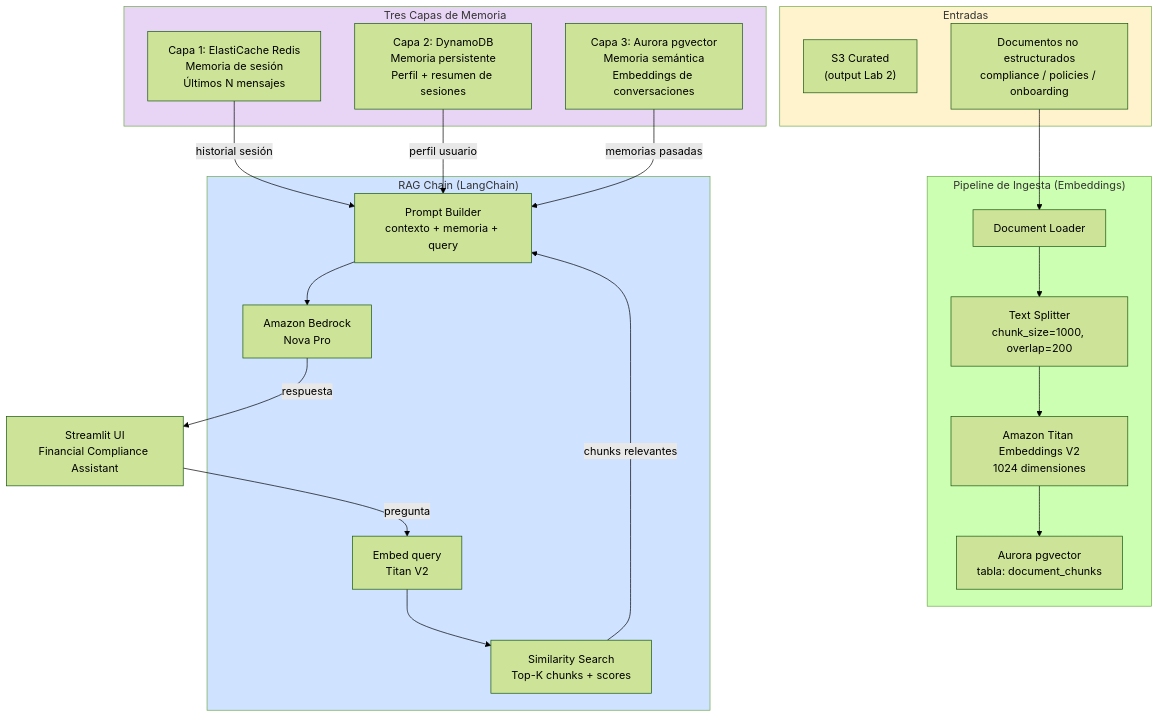
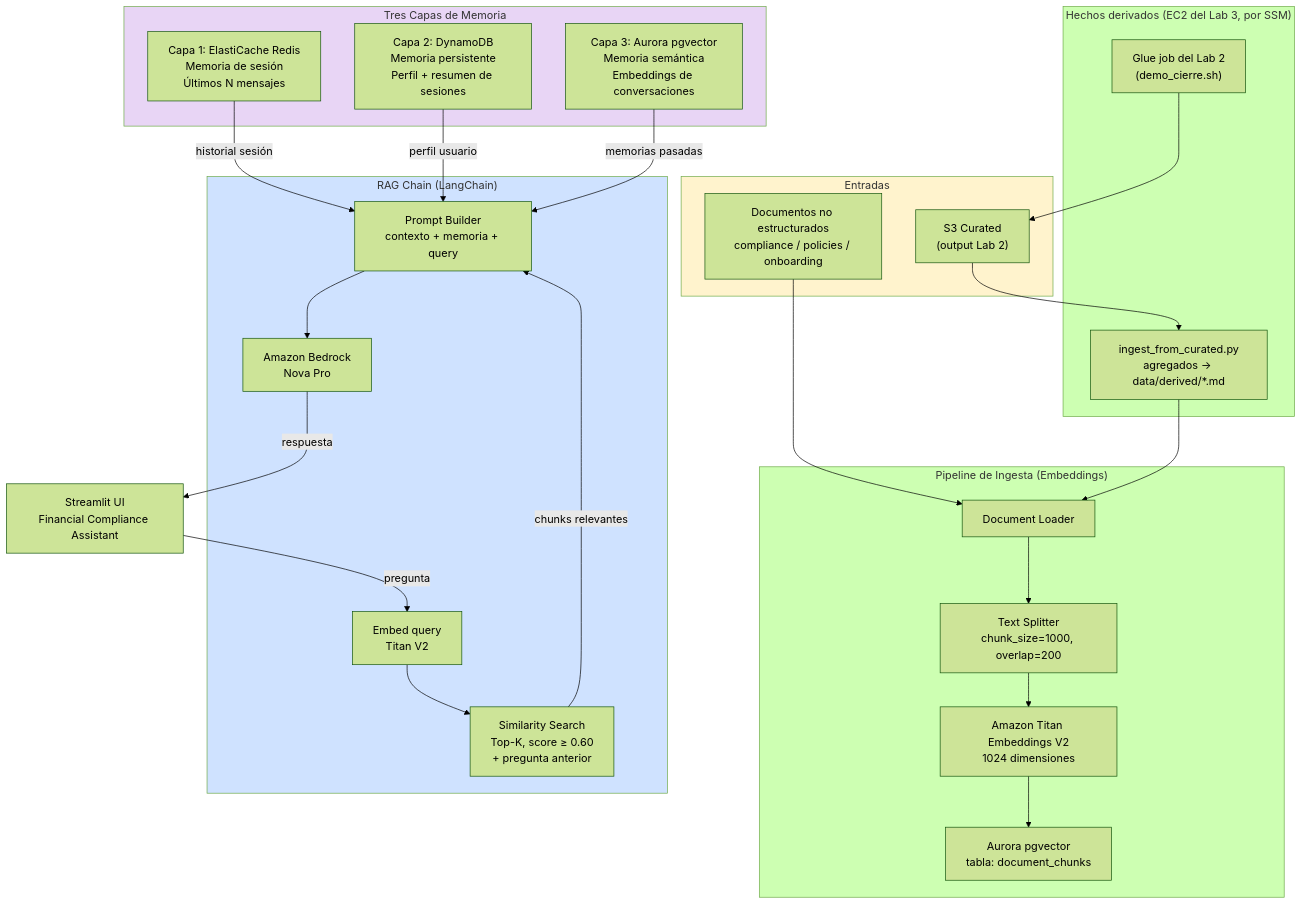
The fourth of 5 diagrams in docs/architecture.md (8infinitecloud/aws-ug-databases-for-ia), drawn with Mermaid (forest theme) before and after one commit. The commit also changed other lines of this file and 32 other files, not shown here.

````diff
--- a/docs/architecture.md
+++ b/docs/architecture.md
@@ -170,47 +165,55 @@
 ```mermaid
 flowchart TD
     subgraph INPUT["Entradas"]
         CURATED["S3 Curated\n(output Lab 2)"]
         DOCS["Documentos no estructurados\ncompliance / policies / onboarding"]
+    end
+
+    subgraph FACTS["Hechos derivados (EC2 del Lab 3, por SSM)"]
+        GLUEJOB["Glue job del Lab 2\n(demo_cierre.sh)"]
+        DERIVE["ingest_from_curated.py\nagregados → data/derived/*.md"]
     end
 
     subgraph INGESTION_BLOCK["Pipeline de Ingesta (Embeddings)"]
         LOADER[Document Loader]
         CHUNKER[Text Splitter\nchunk_size=1000, overlap=200]
         EMBEDDER[Amazon Titan Embeddings V2\n1024 dimensiones]
         STORE[Aurora pgvector\ntabla: document_chunks]
     end
 
     subgraph MEMORY["Tres Capas de Memoria"]
         REDIS_M["Capa 1: ElastiCache Redis\nMemoria de sesión\nÚltimos N mensajes"]
         DYNAMO_M["Capa 2: DynamoDB\nMemoria persistente\nPerfil + resumen de sesiones"]
         PGVECTOR_M["Capa 3: Aurora pgvector\nMemoria semántica\nEmbeddings de conversaciones"]
     end
 
     subgraph RAG_CHAIN["RAG Chain (LangChain)"]
         EMBED_Q[Embed query\nTitan V2]
-        SEARCH[Similarity Search\nTop-K chunks + scores]
+        SEARCH[Similarity Search\nTop-K, score ≥ 0.60\n+ pregunta anterior]
         PROMPT[Prompt Builder\ncontexto + memoria + query]
         LLM[Amazon Bedrock\nNova Pro]
     end
 
     APP_UI["Streamlit UI\nFinancial Compliance Assistant"]
 
     DOCS --> LOADER
+    GLUEJOB --> CURATED
+    CURATED --> DERIVE
+    DERIVE --> LOADER
     LOADER --> CHUNKER
     CHUNKER --> EMBEDDER
     EMBEDDER --> STORE
 
     APP_UI -->|pregunta| EMBED_Q
     EMBED_Q --> SEARCH
     SEARCH -->|chunks relevantes| PROMPT
     REDIS_M -->|historial sesión| PROMPT
     DYNAMO_M -->|perfil usuario| PROMPT
     PGVECTOR_M -->|memorias pasadas| PROMPT
     PROMPT --> LLM
     LLM -->|respuesta| APP_UI
 
     style INPUT fill:#fff3cd
     style MEMORY fill:#e8d5f5
     style RAG_CHAIN fill:#cfe2ff
 ```
````
